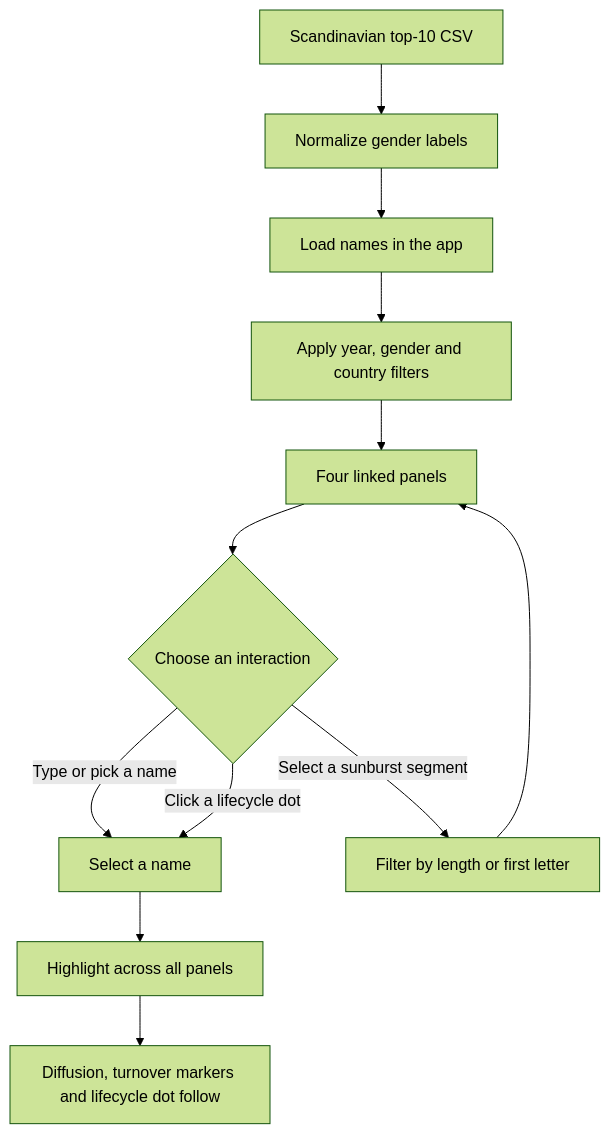
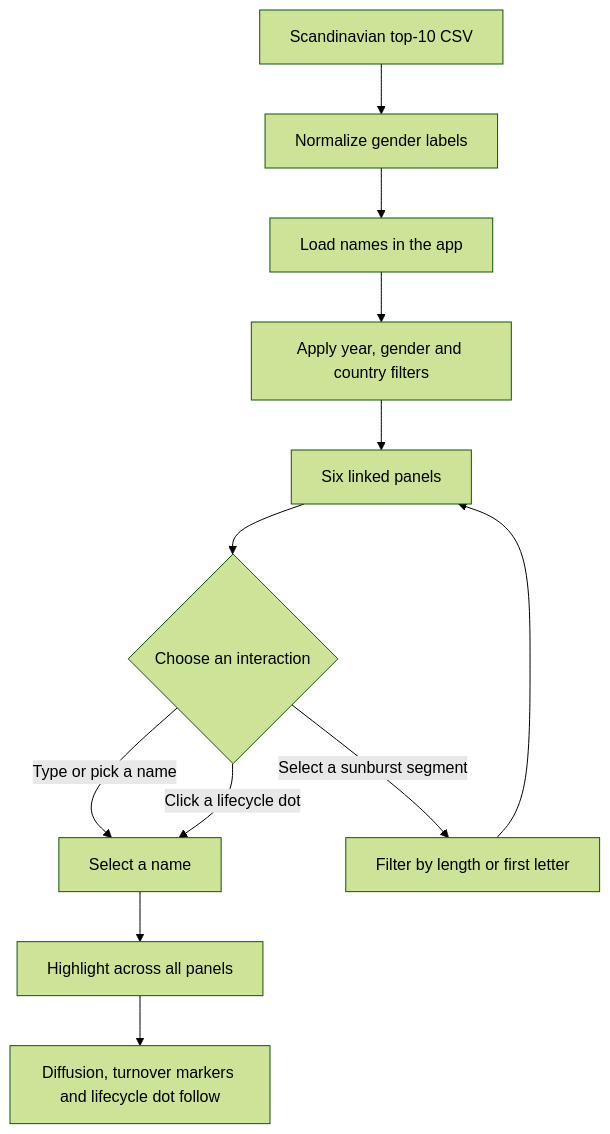
Before and after one commit to Eliashaa/InfoVis-project: the diagram in README.md, drawn with Mermaid (forest theme). The commit also changed other lines of this file and 21 other files, not shown here.

````diff
--- a/README.md
+++ b/README.md
@@ -102,14 +87,14 @@
 ```mermaid
 flowchart TD
 	A[Scandinavian top-10 CSV] --> B[Normalize gender labels]
 	B --> C[Load names in the app]
 	C --> D[Apply year, gender and country filters]
-	D --> E[Four linked panels]
+	D --> E[Six linked panels]
 	E --> F{Choose an interaction}
 	F -->|Type or pick a name| G[Select a name]
 	F -->|Select a sunburst segment| H[Filter by length or first letter]
 	F -->|Click a lifecycle dot| G
 	H --> E
 	G --> I[Highlight across all panels]
 	I --> J[Diffusion, turnover markers and lifecycle dot follow]
 ```
````
